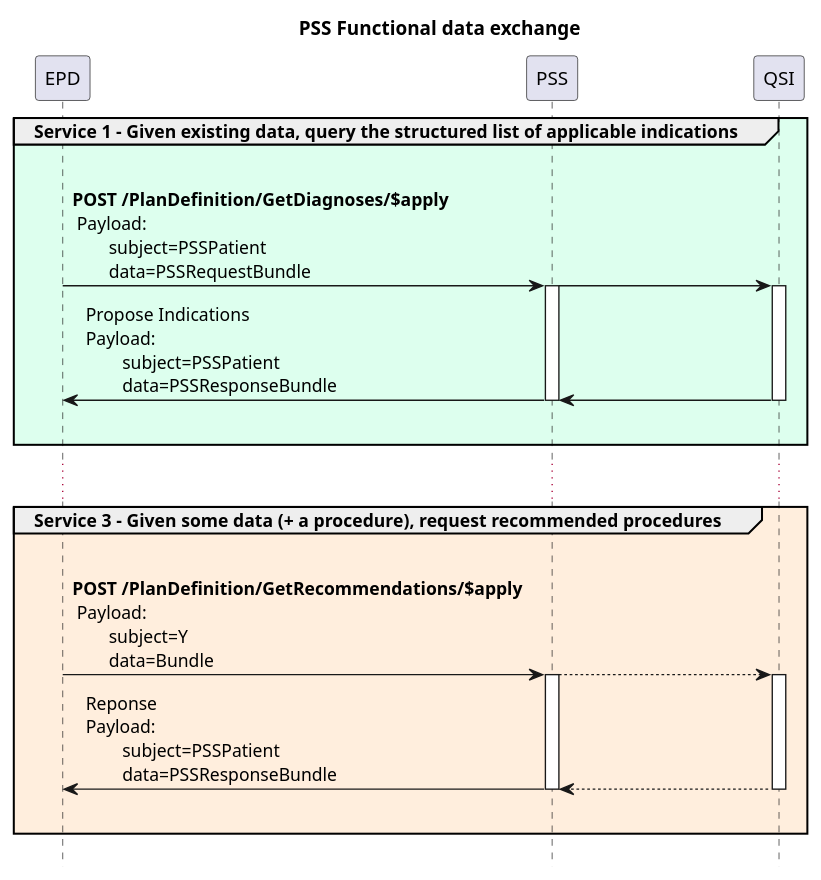
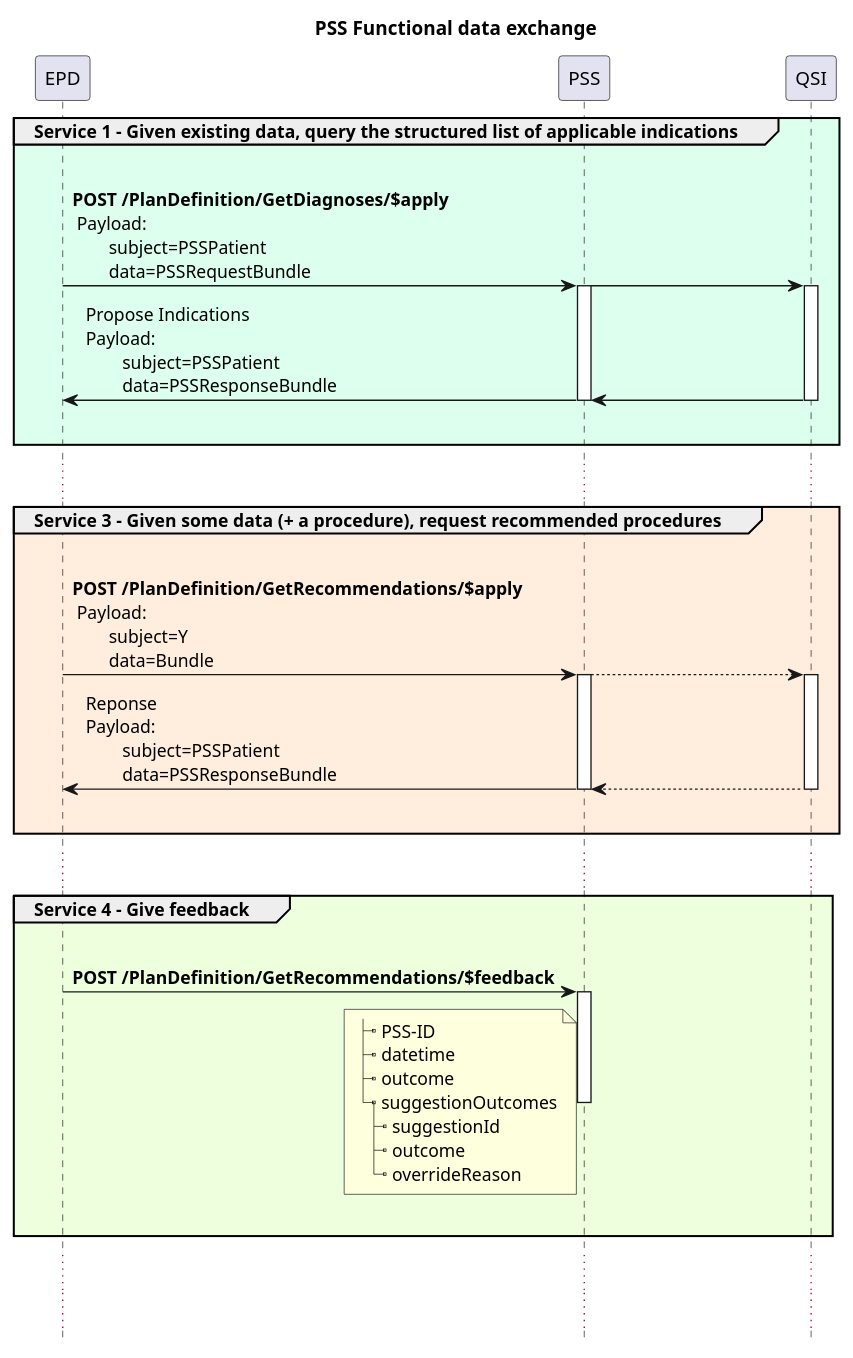
Before and after one commit to hl7-be/pss: the diagram in input/images-source/pss-flow-radiology.plantuml, drawn with PlantUML. The commit also changed other lines of this file and 3 other files, not shown here.

First line of the commit message:
Add PSS feedback

```diff
--- a/input/images-source/pss-flow-radiology.plantuml
+++ b/input/images-source/pss-flow-radiology.plantuml
@@ -1,36 +1,62 @@
 @startuml
 !pragma teoz true
 Title PSS Functional data exchange
 hide footbox
 
 group #DFE Service 1 - Given existing data, query the structured list of applicable indications
         EPD -> PSS : \n**POST /PlanDefinition/GetDiagnoses/$apply**\n Payload:\n        subject=PSSPatient\n        data=PSSRequestBundle
         & PSS -> QSI 
         & PSS -[hidden]-> QSI : "                                      "
         'PSS -> QSI : GET /indictions
 
         activate PSS
         activate QSI
         QSI -> PSS 
         & PSS -> EPD: Propose Indications \nPayload:\n        subject=PSSPatient\n        data=PSSResponseBundle
         deactivate PSS
         deactivate QSI
         |||
 end
 
 ...
 group #fed Service 3 - Given some data (+ a procedure), request recommended procedures
         EPD -> PSS : \n**POST /PlanDefinition/GetRecommendations/$apply**\n Payload:\n        subject=Y\n        data=Bundle
         & PSS --> QSI 
         & PSS -[hidden]-> QSI : "                                      "
 
         activate PSS
         activate QSI
         QSI --> PSS 
         & PSS -> EPD: Reponse\nPayload:\n        subject=PSSPatient\n        data=PSSResponseBundle
         deactivate PSS
         deactivate QSI
         |||
 
 end
+...
+group #efd Service 4 - Give feedback
+        EPD -> PSS : \n**POST /PlanDefinition/GetRecommendations/$feedback**
+        note left of PSS
+|_ PSS-ID
+|_ datetime
+|_ outcome
+|_ suggestionOutcomes
+  |_ suggestionId
+  |_ outcome
+  |_ overrideReason
+        end note
+        deactivate EPD
+        activate PSS
+        & PSS -[hidden]-> QSI : "                                      "
+        deactivate PSS
+        |||
+
+end
+
+...
+...
+
+
+
+
 @enduml
```
